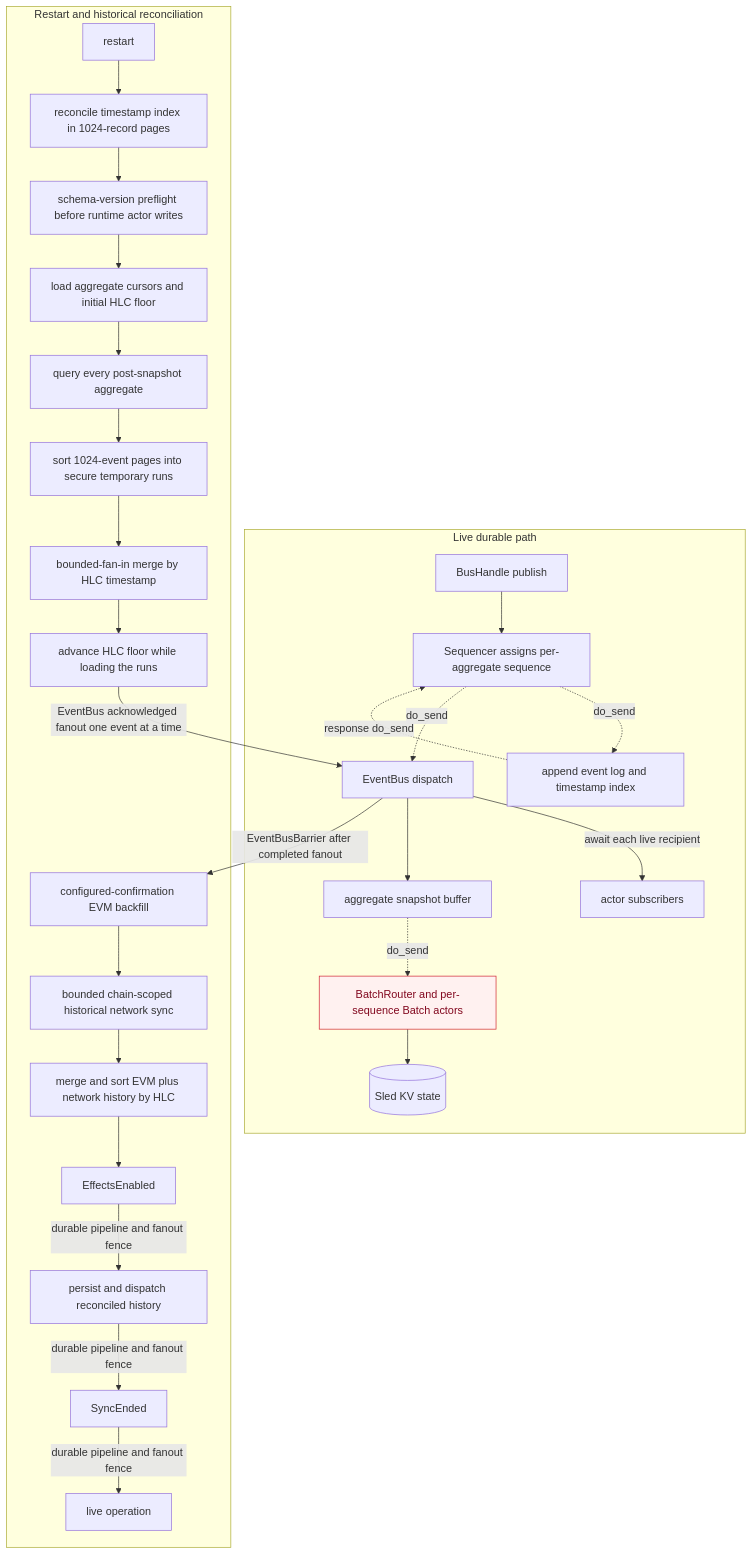
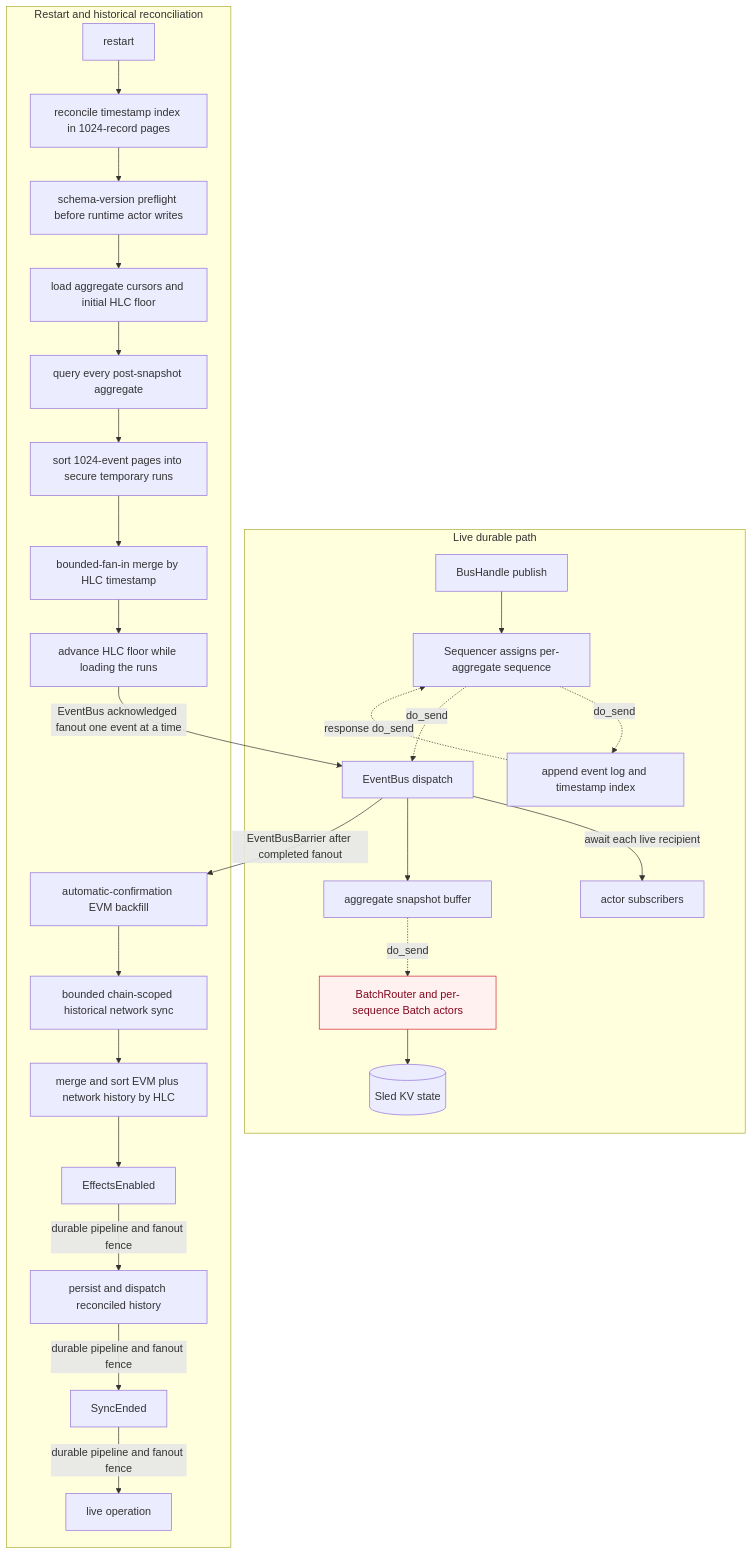
Before and after one commit to gnosisguild/interfold: the fifth of 15 diagrams in agent/CRATES_ARCHITECTURE.md, drawn with Mermaid. The commit also changed other lines of this file and 24 other files, not shown here.

````diff
--- a/agent/CRATES_ARCHITECTURE.md
+++ b/agent/CRATES_ARCHITECTURE.md
@@ -328,34 +328,34 @@
 ```mermaid
 flowchart TD
     subgraph LivePath[Live durable path]
         Publish[BusHandle publish] --> Sequencer[Sequencer assigns per-aggregate sequence]
         Sequencer -. do_send .-> EventStore[append event log and timestamp index]
         EventStore -. response do_send .-> Sequencer
         Sequencer -. do_send .-> Dispatch[EventBus dispatch]
         Dispatch -->|await each live recipient| Subscribers[actor subscribers]
         Dispatch --> SnapshotBuffer[aggregate snapshot buffer]
         SnapshotBuffer -. do_send .-> SnapshotRouter[BatchRouter and per-sequence Batch actors]
         SnapshotRouter --> Repositories[(Sled KV state)]
     end
 
     subgraph Recovery[Restart and historical reconciliation]
         Restart[restart] --> Index[reconcile timestamp index in 1024-record pages]
         Index --> Schema[schema-version preflight before runtime actor writes]
         Schema --> SnapshotMeta[load aggregate cursors and initial HLC floor]
         SnapshotMeta --> Query[query every post-snapshot aggregate]
         Query --> Runs[sort 1024-event pages into secure temporary runs]
         Runs --> GlobalOrder[bounded-fan-in merge by HLC timestamp]
         GlobalOrder --> ReplayFloor[advance HLC floor while loading the runs]
         ReplayFloor -->|EventBus acknowledged fanout one event at a time| Dispatch
-        Dispatch -->|EventBusBarrier after completed fanout| EvmBackfill[configured-confirmation EVM backfill]
+        Dispatch -->|EventBusBarrier after completed fanout| EvmBackfill[automatic-confirmation EVM backfill]
         EvmBackfill --> NetBackfill[bounded chain-scoped historical network sync]
         NetBackfill --> Merge[merge and sort EVM plus network history by HLC]
         Merge --> Enable[EffectsEnabled]
         Enable -->|durable pipeline and fanout fence| PersistHistory[persist and dispatch reconciled history]
         PersistHistory -->|durable pipeline and fanout fence| End[SyncEnded]
         End -->|durable pipeline and fanout fence| Live[live operation]
     end
 
     classDef residual fill:#fff1f0,stroke:#cf222e,color:#82071e
     class SnapshotRouter residual
 ```
````
